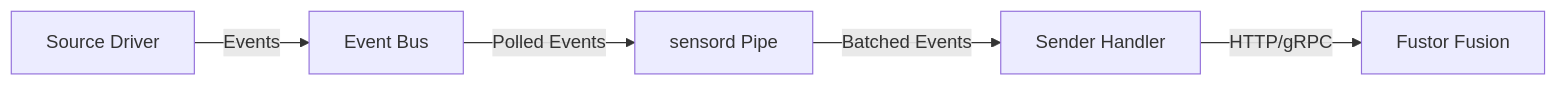
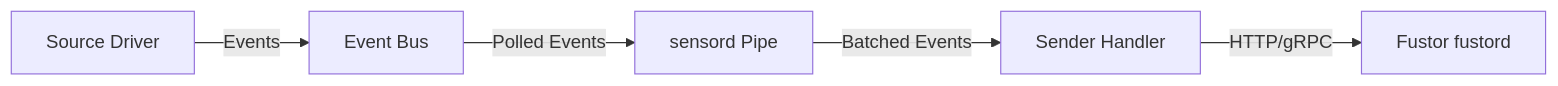
The diagram in sensord-sdk/README.md (excelwang/fustor-data-platform), drawn with Mermaid before and after one commit. The commit also changed other lines of this file and 345 other files, not shown here.

````diff
--- a/sensord-sdk/README.md
+++ b/sensord-sdk/README.md
@@ -9,7 +9,7 @@
 ```mermaid
 graph LR
     Source[Source Driver] -- Events --> Bus[Event Bus]
     Bus -- Polled Events --> Pipe[sensord Pipe]
     Pipe -- Batched Events --> Sender[Sender Handler]
-    Sender -- HTTP/gRPC --> Fusion[Fustor Fusion]
+    Sender -- HTTP/gRPC --> fustord[Fustor fustord]
 ```
````
